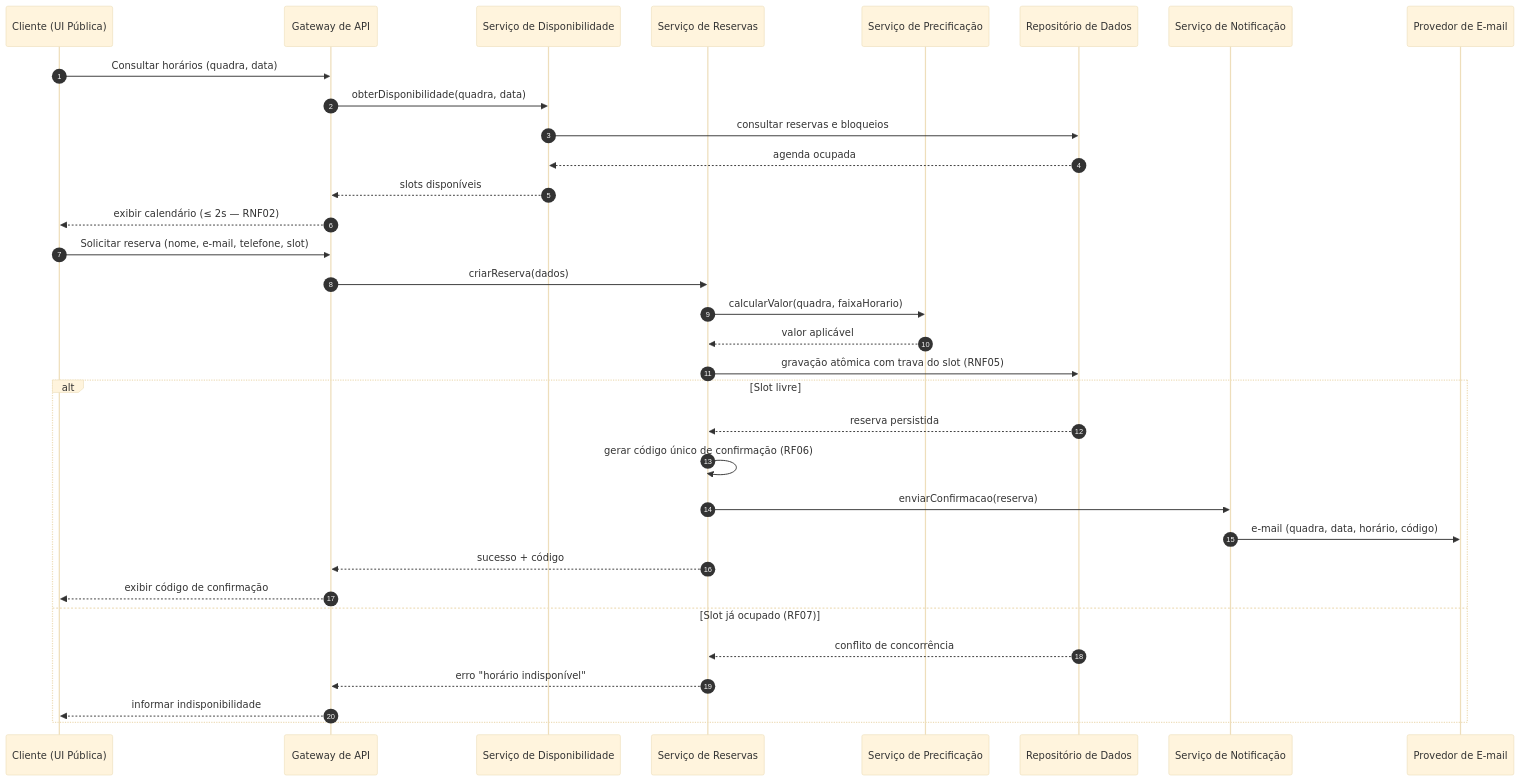
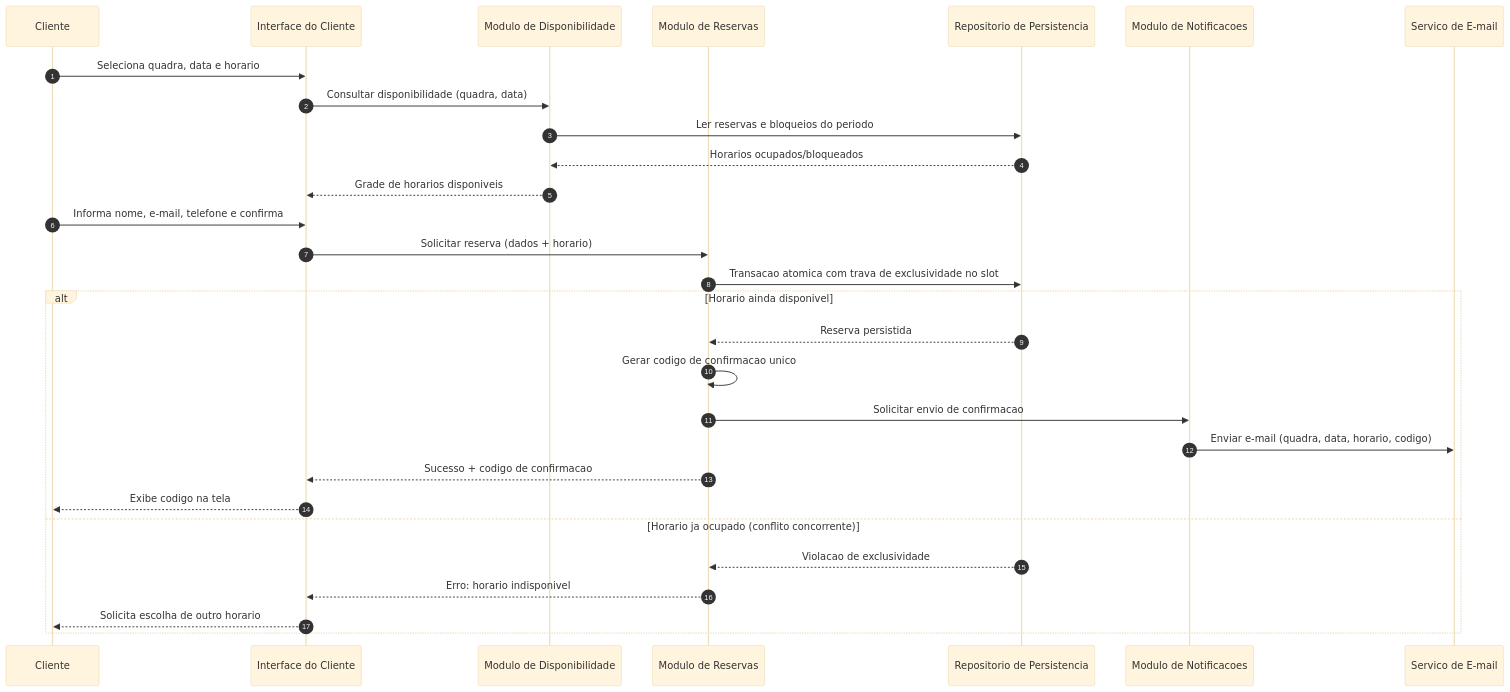
Before and after one commit to PDC-ESIA/AI4ES: the second of 3 diagrams in docs/Time_2_Design/analise-qualitativa/outputs/relatorio_claude_fable_5_P05.md, drawn with Mermaid (base theme). The commit also changed other lines of this file and 107 other files, not shown here.

````diff
--- a/docs/Time_2_Design/analise-qualitativa/outputs/relatorio_claude_fable_5_P05.md
+++ b/docs/Time_2_Design/analise-qualitativa/outputs/relatorio_claude_fable_5_P05.md
@@ -69,37 +73,32 @@
 ```mermaid
 sequenceDiagram
     autonumber
-    participant C as Cliente (UI Pública)
-    participant GW as Gateway de API
-    participant D as Serviço de Disponibilidade
-    participant R as Serviço de Reservas
-    participant P as Serviço de Precificação
-    participant DB as Repositório de Dados
-    participant N as Serviço de Notificação
-    participant E as Provedor de E-mail
+    participant C as Cliente
+    participant UI as Interface do Cliente
+    participant DISP as Modulo de Disponibilidade
+    participant RES as Modulo de Reservas
+    participant REPO as Repositorio de Persistencia
+    participant NOTIF as Modulo de Notificacoes
+    participant MAIL as Servico de E-mail
 
-    C->>GW: Consultar horários (quadra, data)
-    GW->>D: obterDisponibilidade(quadra, data)
-    D->>DB: consultar reservas e bloqueios
-    DB-->>D: agenda ocupada
-    D-->>GW: slots disponíveis
-    GW-->>C: exibir calendário (≤ 2s — RNF02)
-
-    C->>GW: Solicitar reserva (nome, e-mail, telefone, slot)
-    GW->>R: criarReserva(dados)
-    R->>P: calcularValor(quadra, faixaHorario)
-    P-->>R: valor aplicável
-    R->>DB: gravação atômica com trava do slot (RNF05)
-    alt Slot livre
-        DB-->>R: reserva persistida
-        R->>R: gerar código único de confirmação (RF06)
-        R->>N: enviarConfirmacao(reserva)
-        N->>E: e-mail (quadra, data, horário, código)
-        R-->>GW: sucesso + código
-        GW-->>C: exibir código de confirmação
-    else Slot já ocupado (RF07)
-        DB-->>R: conflito de concorrência
-        R-->>GW: erro "horário indisponível"
-        GW-->>C: informar indisponibilidade
+    C->>UI: Seleciona quadra, data e horario
+    UI->>DISP: Consultar disponibilidade (quadra, data)
+    DISP->>REPO: Ler reservas e bloqueios do periodo
+    REPO-->>DISP: Horarios ocupados/bloqueados
+    DISP-->>UI: Grade de horarios disponiveis
+    C->>UI: Informa nome, e-mail, telefone e confirma
+    UI->>RES: Solicitar reserva (dados + horario)
+    RES->>REPO: Transacao atomica com trava de exclusividade no slot
+    alt Horario ainda disponivel
+        REPO-->>RES: Reserva persistida
+        RES->>RES: Gerar codigo de confirmacao unico
+        RES->>NOTIF: Solicitar envio de confirmacao
+        NOTIF->>MAIL: Enviar e-mail (quadra, data, horario, codigo)
+        RES-->>UI: Sucesso + codigo de confirmacao
+        UI-->>C: Exibe codigo na tela
+    else Horario ja ocupado (conflito concorrente)
+        REPO-->>RES: Violacao de exclusividade
+        RES-->>UI: Erro: horario indisponivel
+        UI-->>C: Solicita escolha de outro horario
     end
 ```
````
